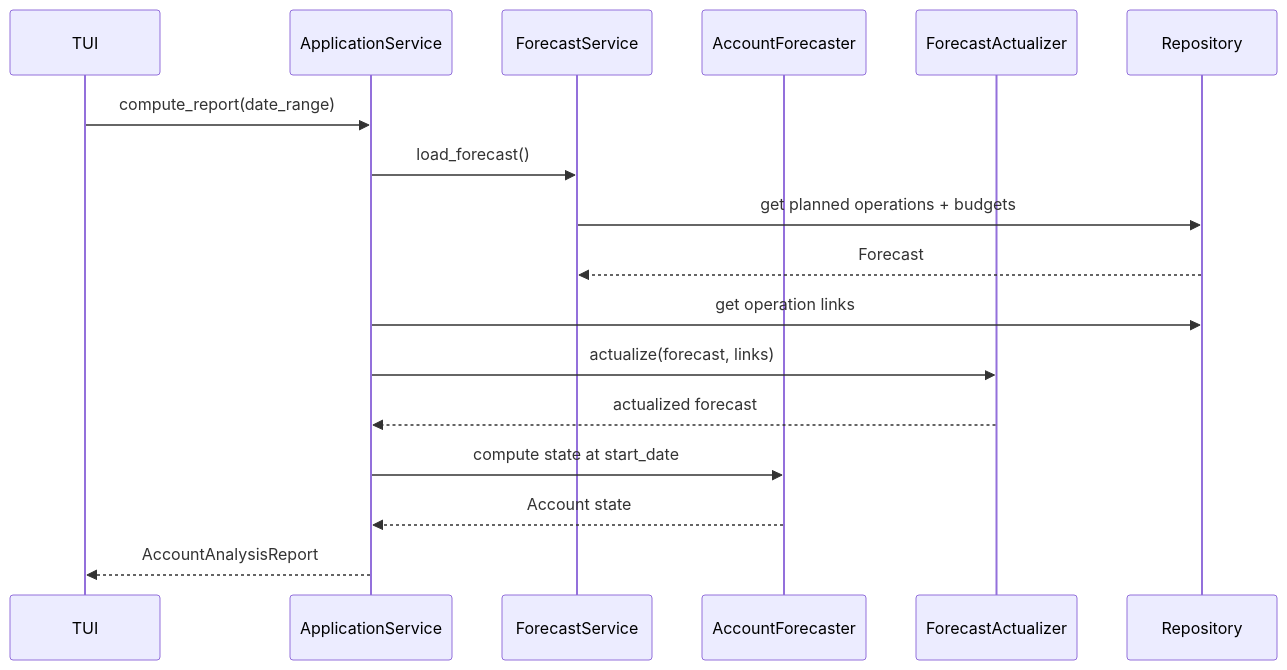
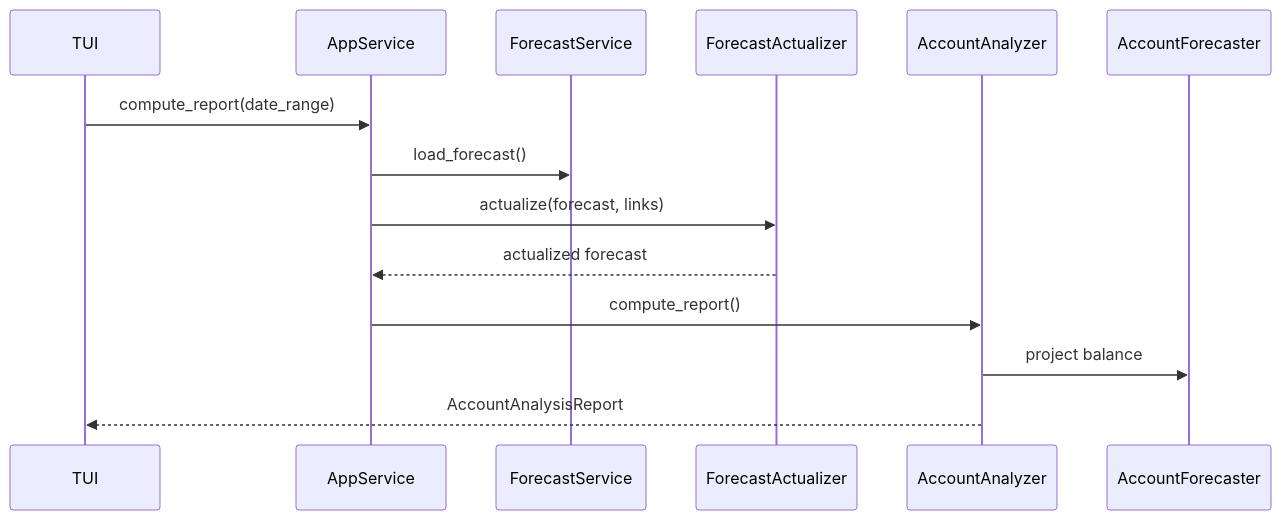
The sixth of 7 diagrams in docs/dev/architecture.md (corentin-core/budget-forecaster), drawn with Mermaid before and after one commit. The commit also changed other lines of this file, not shown here.

First line of the commit message:
docs: update architecture documentation with complete module inventory

````diff
--- a/docs/dev/architecture.md
+++ b/docs/dev/architecture.md
@@ -309,20 +293,17 @@
 ```mermaid
 sequenceDiagram
     participant TUI
-    participant AppService as ApplicationService
+    participant AppService
     participant ForecastService
+    participant ForecastActualizer
+    participant AccountAnalyzer
     participant AccountForecaster
-    participant ForecastActualizer
-    participant Repository
 
     TUI->>AppService: compute_report(date_range)
     AppService->>ForecastService: load_forecast()
-    ForecastService->>Repository: get planned operations + budgets
-    Repository-->>ForecastService: Forecast
-    AppService->>Repository: get operation links
     AppService->>ForecastActualizer: actualize(forecast, links)
     ForecastActualizer-->>AppService: actualized forecast
-    AppService->>AccountForecaster: compute state at start_date
-    AccountForecaster-->>AppService: Account state
-    AppService-->>TUI: AccountAnalysisReport
+    AppService->>AccountAnalyzer: compute_report()
+    AccountAnalyzer->>AccountForecaster: project balance
+    AccountAnalyzer-->>TUI: AccountAnalysisReport
 ```
````
